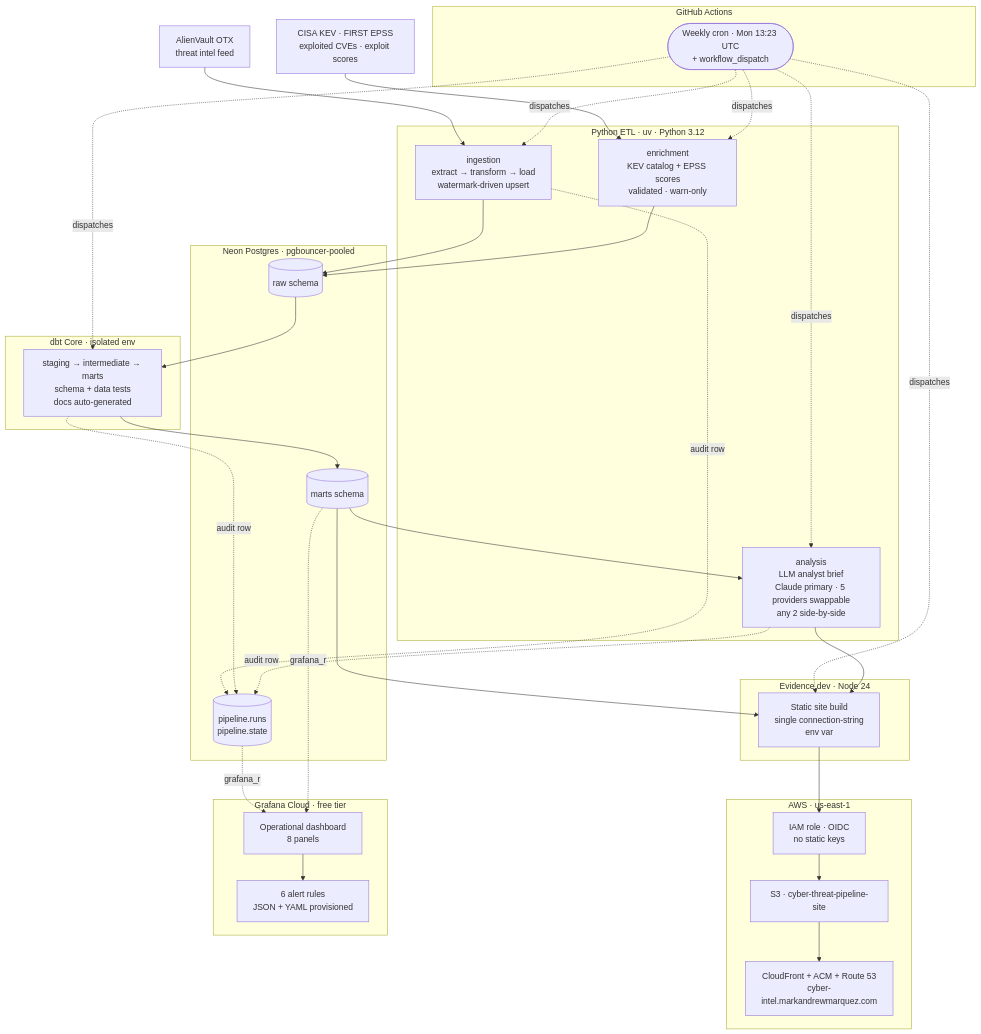
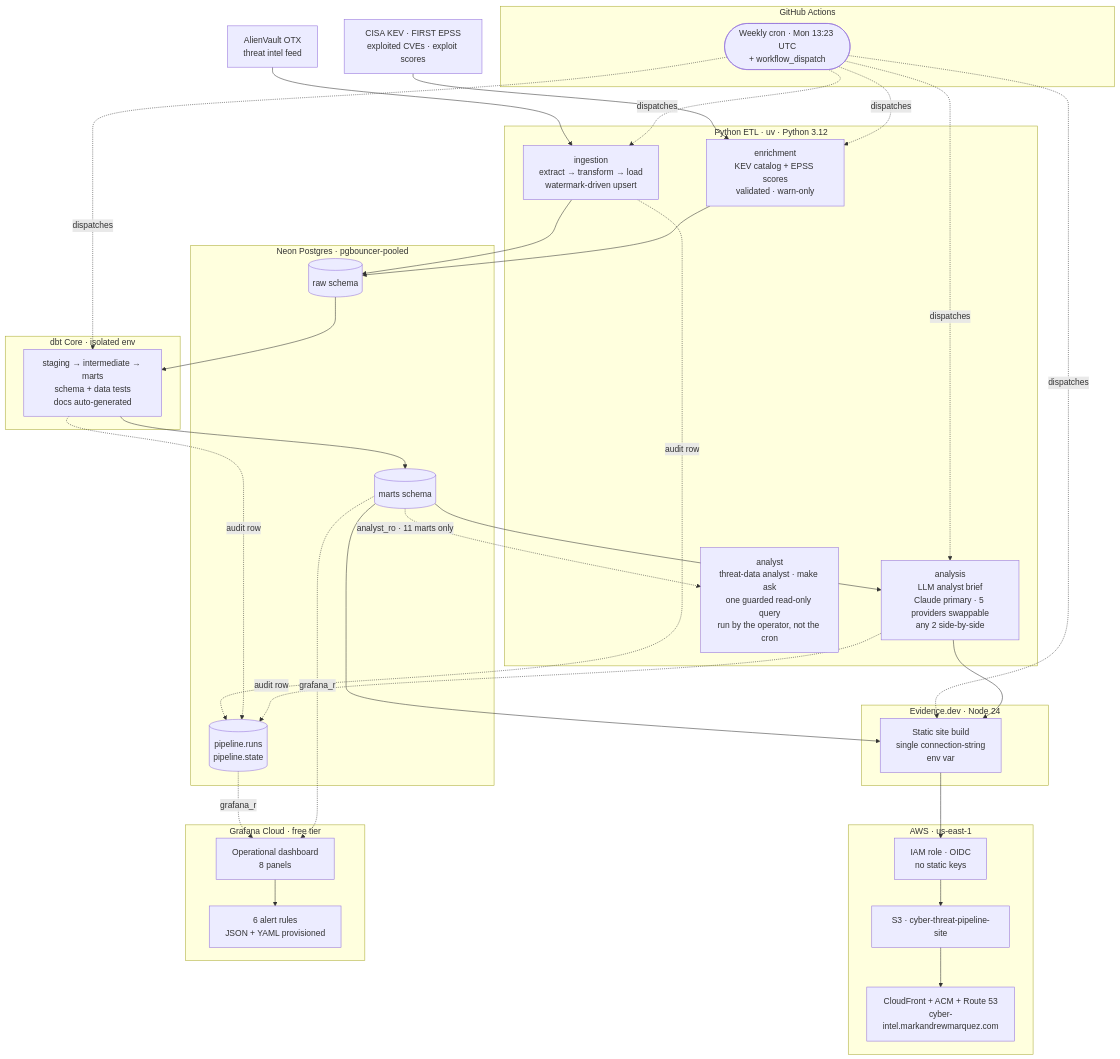
One commit to marky224/cyber-threat-pipeline changed the diagram in docs/architecture.md. Above: the diagram before and after it, drawn with Mermaid. The commit also changed other lines of this file and 38 other files, not shown here.

````diff
--- a/docs/architecture.md
+++ b/docs/architecture.md
@@ -7,63 +7,65 @@
 ```mermaid
 flowchart TB
     OTX[AlienVault OTX<br/>threat intel feed]
     Feeds[CISA KEV · FIRST EPSS<br/>exploited CVEs · exploit scores]
 
     subgraph GH["GitHub Actions"]
         Cron(["Weekly cron · Mon 13:23 UTC<br/>+ workflow_dispatch"])
     end
 
     subgraph App["Python ETL · uv · Python 3.12"]
         Ingest["ingestion<br/>extract → transform → load<br/>watermark-driven upsert"]
         Enrich["enrichment<br/>KEV catalog + EPSS scores<br/>validated · warn-only"]
         Analysis["analysis<br/>LLM analyst brief<br/>Claude primary · 5 providers swappable<br/>any 2 side-by-side"]
+        Analyst["analyst<br/>threat-data analyst · make ask<br/>one guarded read-only query<br/>run by the operator, not the cron"]
     end
 
     subgraph Neon["Neon Postgres · pgbouncer-pooled"]
         Raw[("raw schema")]
         Marts[("marts schema")]
         Audit[("pipeline.runs<br/>pipeline.state")]
     end
 
     subgraph Transform["dbt Core · isolated env"]
         DBT["staging → intermediate → marts<br/>schema + data tests<br/>docs auto-generated"]
     end
 
     subgraph Reporting["Evidence.dev · Node 24"]
         Build["Static site build<br/>single connection-string<br/>env var"]
     end
 
     subgraph AWSBox["AWS · us-east-1"]
         OIDC["IAM role · OIDC<br/>no static keys"]
         S3["S3 · cyber-threat-pipeline-site"]
         CF["CloudFront + ACM + Route 53<br/>cyber-intel.markandrewmarquez.com"]
     end
 
     subgraph Ops["Grafana Cloud · free tier"]
         Dash["Operational dashboard<br/>8 panels"]
         Alerts["6 alert rules<br/>JSON + YAML provisioned"]
     end
 
     OTX --> Ingest
     Feeds --> Enrich
     Cron -.dispatches.-> Ingest
     Cron -.dispatches.-> Enrich
     Cron -.dispatches.-> DBT
     Cron -.dispatches.-> Analysis
     Cron -.dispatches.-> Build
     Ingest --> Raw
     Enrich --> Raw
     Raw --> DBT
     DBT --> Marts
     Marts --> Analysis
     Marts --> Build
     Analysis --> Build
     Build --> OIDC
     OIDC --> S3 --> CF
     Ingest -.audit row.-> Audit
     DBT -.audit row.-> Audit
     Analysis -.audit row.-> Audit
     Audit -.grafana_ro.-> Dash
     Marts -.grafana_ro.-> Dash
+    Marts -.analyst_ro · 11 marts only.-> Analyst
     Dash --> Alerts
 ```
````
